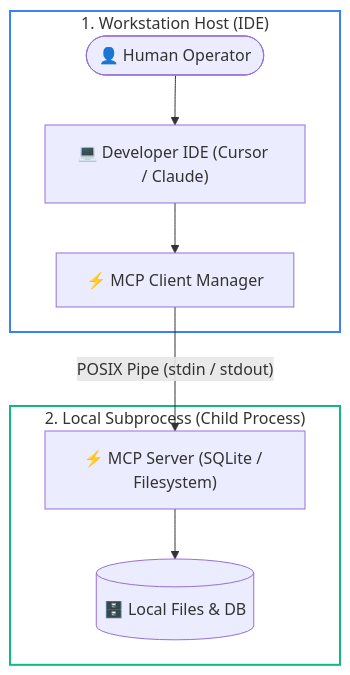
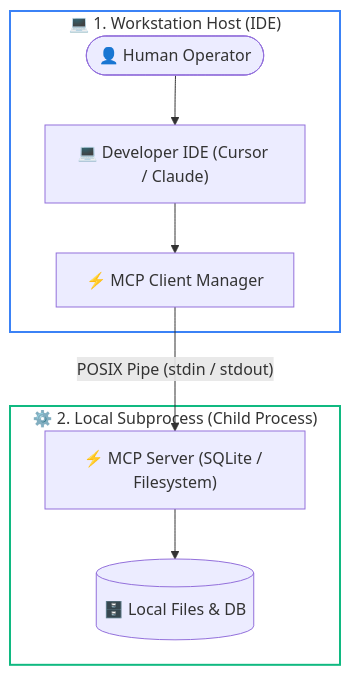
Before and after one commit to dip4k/senior-engineer-to-ai-engineer-roadmap: the first of 3 diagrams in 03-tools-and-model-context-protocol/README.md, drawn with Mermaid. The commit also changed other lines of this file and 94 other files, not shown here.

Commit message:
refactor(curriculum): complete Phase 04 upgrade and enforce diagram renderer invariants

````diff
--- a/03-tools-and-model-context-protocol/README.md
+++ b/03-tools-and-model-context-protocol/README.md
@@ -65,16 +65,16 @@
 ```mermaid
 flowchart TD
-    subgraph Host["1. Workstation Host (IDE)"]
+    subgraph Host["💻 1. Workstation Host (IDE)"]
         User(["👤 Human Operator"]) --> IDE["💻 Developer IDE (Cursor / Claude)"]
         IDE --> Client["⚡ MCP Client Manager"]
     end
 
-    subgraph Subprocess["2. Local Subprocess (Child Process)"]
+    subgraph Subprocess["⚙️ 2. Local Subprocess (Child Process)"]
         Server["⚡ MCP Server (SQLite / Filesystem)"] --> DB[("🗄️ Local Files & DB")]
     end
 
     Client -->|"POSIX Pipe (stdin / stdout)"| Server
 
     style Host fill:none,stroke:#3b82f6,stroke-width:2px;
     style Subprocess fill:none,stroke:#10b981,stroke-width:2px;
 ```
````
